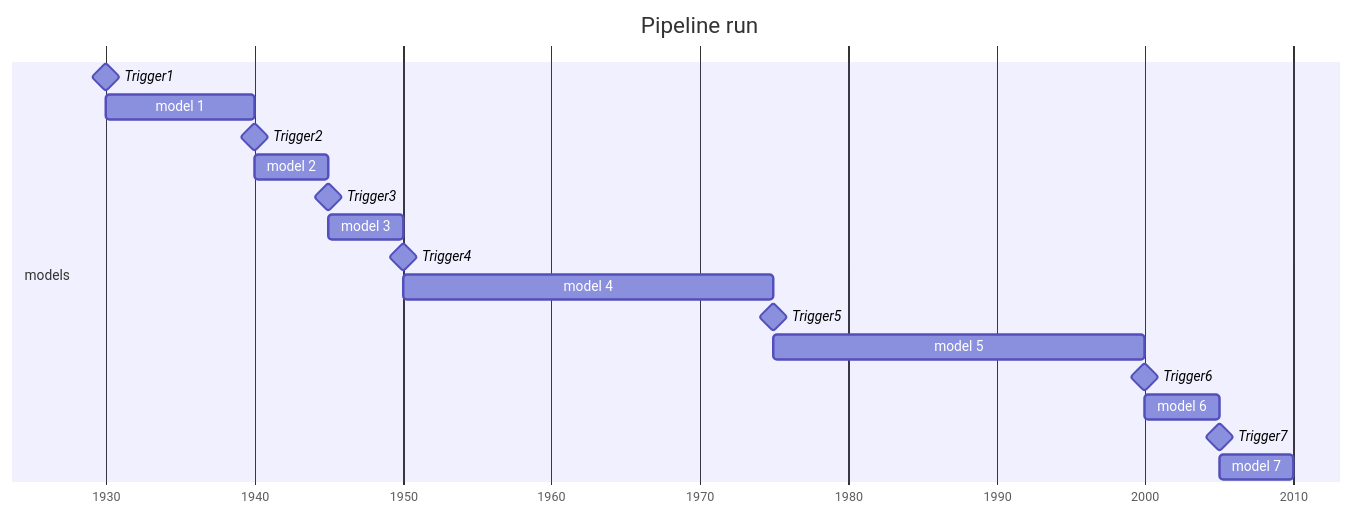
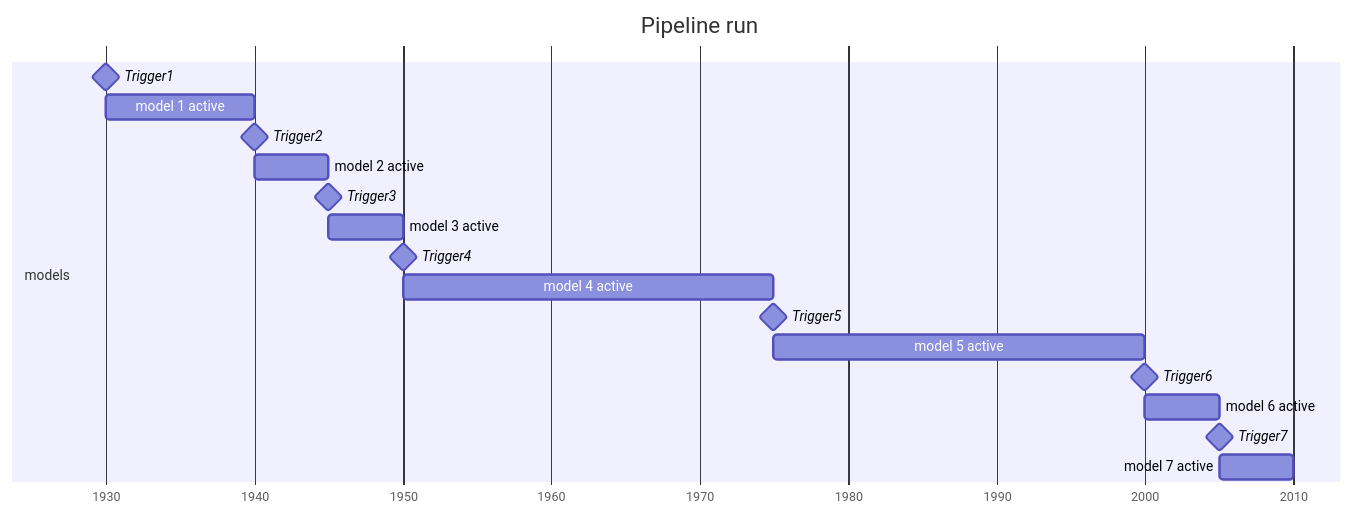
Before and after one commit to eth-easl/modyn: the first of 4 diagrams in docs/EVALUATION.md, drawn with Mermaid. The commit also changed other lines of this file, not shown here.

````diff
--- a/docs/EVALUATION.md
+++ b/docs/EVALUATION.md
@@ -21,21 +27,21 @@
 ```mermaid
 gantt
     title Pipeline run
     dateFormat YYYY-MM-DD
     axisFormat %Y
     section models
         Trigger1 :milestone, 1930, 0d
-        model 1          :a1, 1930, 10y
+        model 1 active          :a1, 1930, 10y
         Trigger2 :milestone, :after a1
-        model 2          :a2, after a1, 5y
+        model 2 active          :a2, after a1, 5y
         Trigger3 :milestone, :after a2
-        model 3          :a3, after a2, 5y
+        model 3 active          :a3, after a2, 5y
         Trigger4 :milestone, :after a3
-        model 4          :a4, after a3, 25y
+        model 4 active          :a4, after a3, 25y
         Trigger5 :milestone, :after a4
-        model 5          :a5, after a4, 25y
+        model 5 active          :a5, after a4, 25y
         Trigger6 :milestone, :after a5
-        model 6          :a6, after a5, 5y
+        model 6 active          :a6, after a5, 5y
         Trigger7 :milestone, :after a6
-        model 7          :a7, after a6, 5y
+        model 7 active          :a7, after a6, 5y
 ```
````
